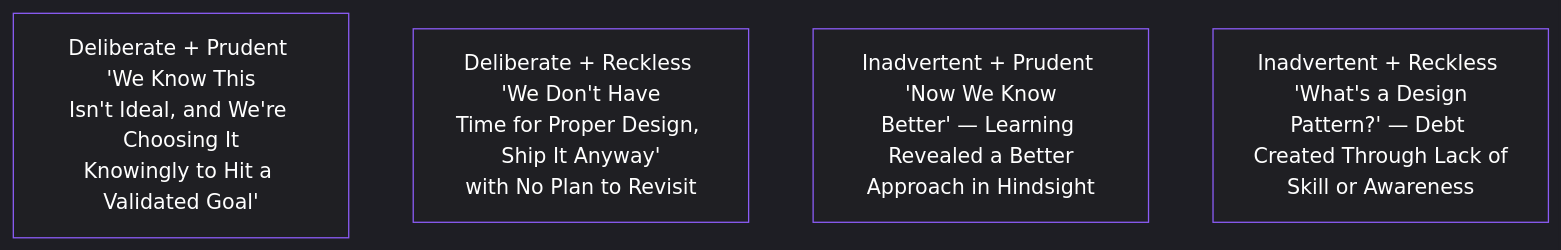
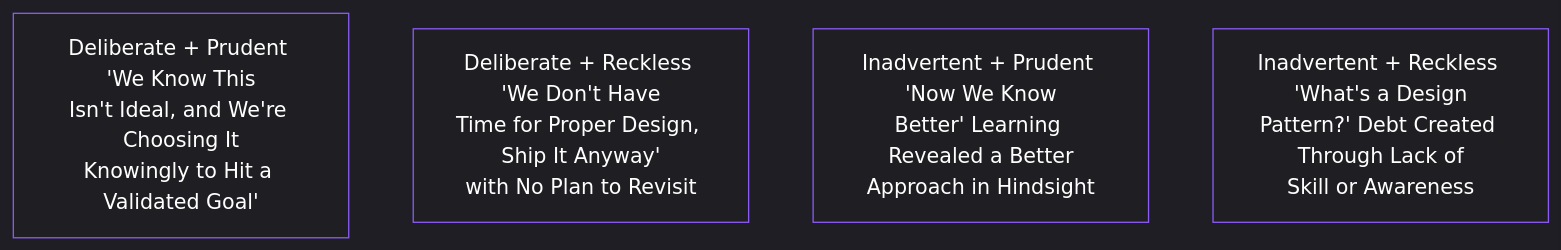
The first of 3 diagrams in content/lessons/lesson-039.md (pmacademy-app/web), drawn with Mermaid before and after one commit. The commit also changed other lines of this file and 90 other files, not shown here.

````diff
--- a/content/lessons/lesson-039.md
+++ b/content/lessons/lesson-039.md
@@ -53,37 +53,37 @@
 ```mermaid
 %%{init: {
   "theme": "dark",
   "themeVariables": {
     "background": "#0b0b0c",
     "primaryColor": "#1f1f23",
     "primaryTextColor": "#ffffff",
     "primaryBorderColor": "#8b5cf6",
     "lineColor": "#d1d5db",
     "secondaryColor": "#18181b",
     "tertiaryColor": "#111111",
     "mainBkg": "#1f1f23",
     "nodeBorder": "#8b5cf6",
     "clusterBkg": "#000000",
     "clusterBorder": "#27272a",
     "titleColor": "#ffffff",
     "edgeLabelBackground": "#0b0b0c",
     "nodeTextColor": "#ffffff",
     "edgeLabelColor": "#ffffff",
     "actorBorder": "#8b5cf6",
     "actorBkg": "#1f1f23",
     "actorTextColor": "#ffffff",
     "sequenceNumberColor": "#ffffff",
     "signalColor": "#8b5cf6",
     "signalTextColor": "#ffffff",
     "textColor": "#ffffff",
     "classText": "#ffffff",
     "classBorder": "#8b5cf6",
     "classBkg": "#1f1f23"
   }
 }}%%
 graph TD
     A["Deliberate + Prudent 'We Know This<br/>Isn't Ideal, and We're Choosing It<br/>Knowingly to Hit a Validated Goal'"]
     B["Deliberate + Reckless 'We Don't Have<br/>Time for Proper Design, Ship It Anyway'<br/>with No Plan to Revisit"]
-    C["Inadvertent + Prudent 'Now We Know<br/>Better' — Learning Revealed a Better<br/>Approach in Hindsight"]
-    D["Inadvertent + Reckless 'What's a Design<br/>Pattern?' — Debt Created Through Lack of<br/>Skill or Awareness"]
+    C["Inadvertent + Prudent 'Now We Know<br/>Better' Learning Revealed a Better<br/>Approach in Hindsight"]
+    D["Inadvertent + Reckless 'What's a Design<br/>Pattern?' Debt Created Through Lack of<br/>Skill or Awareness"]
 ```
````
